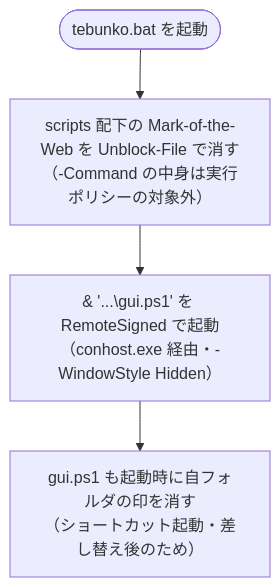
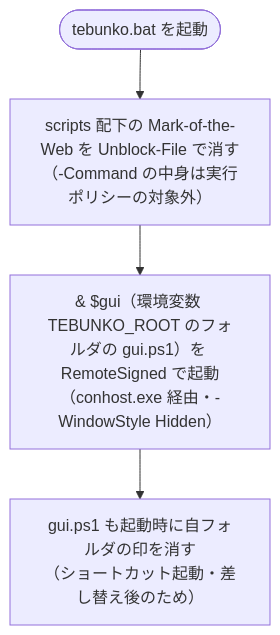
One commit to hsgwa/tebunko changed the first of 2 diagrams in docs/design/gui/common.md. Above: the diagram before and after it, drawn with Mermaid. The commit also changed other lines of this file and 48 other files, not shown here.

````diff
--- a/docs/design/gui/common.md
+++ b/docs/design/gui/common.md
@@ -55,6 +55,6 @@
 ```mermaid
 flowchart TD
     B(["tebunko.bat を起動"]) --> U["scripts 配下の Mark-of-the-Web を Unblock-File で消す<br>（-Command の中身は実行ポリシーの対象外）"]
-    U --> G["& '...\gui.ps1' を RemoteSigned で起動<br>（conhost.exe 経由・-WindowStyle Hidden）"]
+    U --> G["& $gui（環境変数 TEBUNKO_ROOT のフォルダの gui.ps1）を RemoteSigned で起動<br>（conhost.exe 経由・-WindowStyle Hidden）"]
     G --> G2["gui.ps1 も起動時に自フォルダの印を消す<br>（ショートカット起動・差し替え後のため）"]
 ```
````
